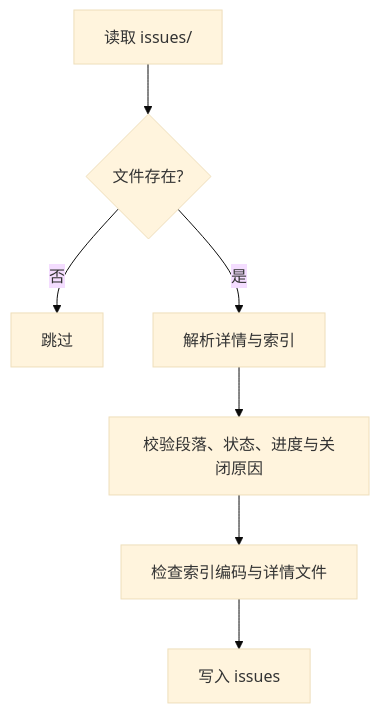
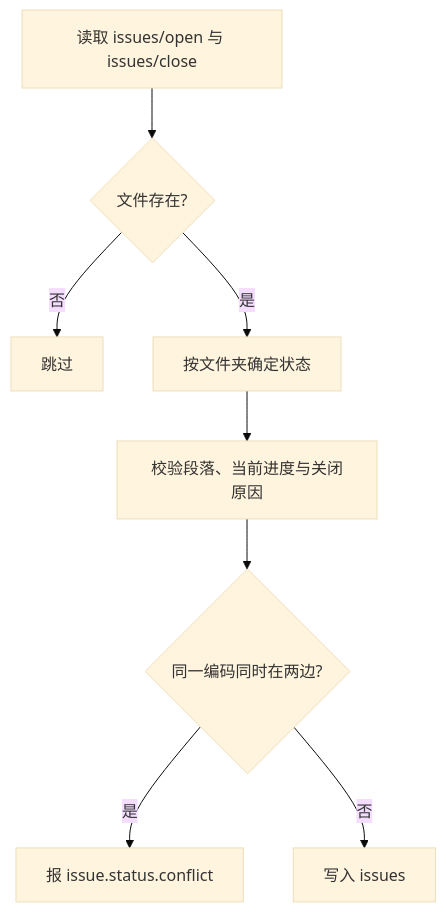
The sixth of 14 diagrams in .coder/design/flow.md (Cangjier/coder), drawn with Mermaid (base theme) before and after one commit. The commit also changed other lines of this file and 19 other files, not shown here.

First line of the commit message:
feat: 问题文件改为 open/close 文件夹，一项一文件

````diff
--- a/.coder/design/flow.md
+++ b/.coder/design/flow.md
@@ -71,9 +71,10 @@
 ```mermaid
 flowchart TD
-  A[读取 issues/] --> B{文件存在?}
+  A[读取 issues/open 与 issues/close] --> B{文件存在?}
   B -- 否 --> C[跳过]
-  B -- 是 --> D[解析详情与索引]
-  D --> E[校验段落、状态、进度与关闭原因]
-  E --> F[检查索引编码与详情文件]
-  F --> G[写入 issues]
+  B -- 是 --> D[按文件夹确定状态]
+  D --> E[校验段落、当前进度与关闭原因]
+  E --> F{同一编码同时在两边?}
+  F -- 是 --> G[报 issue.status.conflict]
+  F -- 否 --> H[写入 issues]
 ```
````
